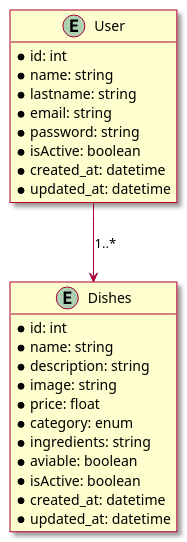
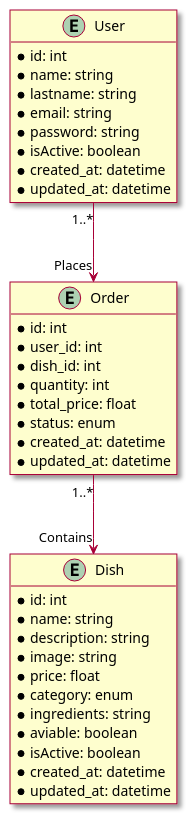
One commit to jonjiii/CopperBitesSqlite changed the diagram in documents/db_model.puml. Above: the diagram before and after it, drawn with PlantUML.

Commit message:
docs: added the database model
database model added

```diff
--- a/documents/db_model.puml
+++ b/documents/db_model.puml
@@ -1,32 +1,44 @@
 @startuml DatabaseModel
 skin rose
 hide empty members
 
 entity User {
   *id: int
   *name: string
   *lastname: string
   *email: string
   *password: string
   *isActive: boolean
   *created_at: datetime
   *updated_at: datetime
 }
 
-entity Dishes{
+entity Dish {
     *id: int
     *name: string
     *description: string
     *image: string
     *price: float
     *category: enum
     *ingredients: string
     *aviable: boolean
     *isActive: boolean
     *created_at: datetime
     *updated_at: datetime
 }
 
-User --> Dishes : "1..*"
+entity Order {
+  *id: int
+  *user_id: int
+  *dish_id: int
+  *quantity: int
+  *total_price: float
+  *status: enum
+  *created_at: datetime
+  *updated_at: datetime
+}
+
+User --> Order : "1..*" "Places"
+Order --> Dish : "1..*" "Contains"
 
 @enduml
```
